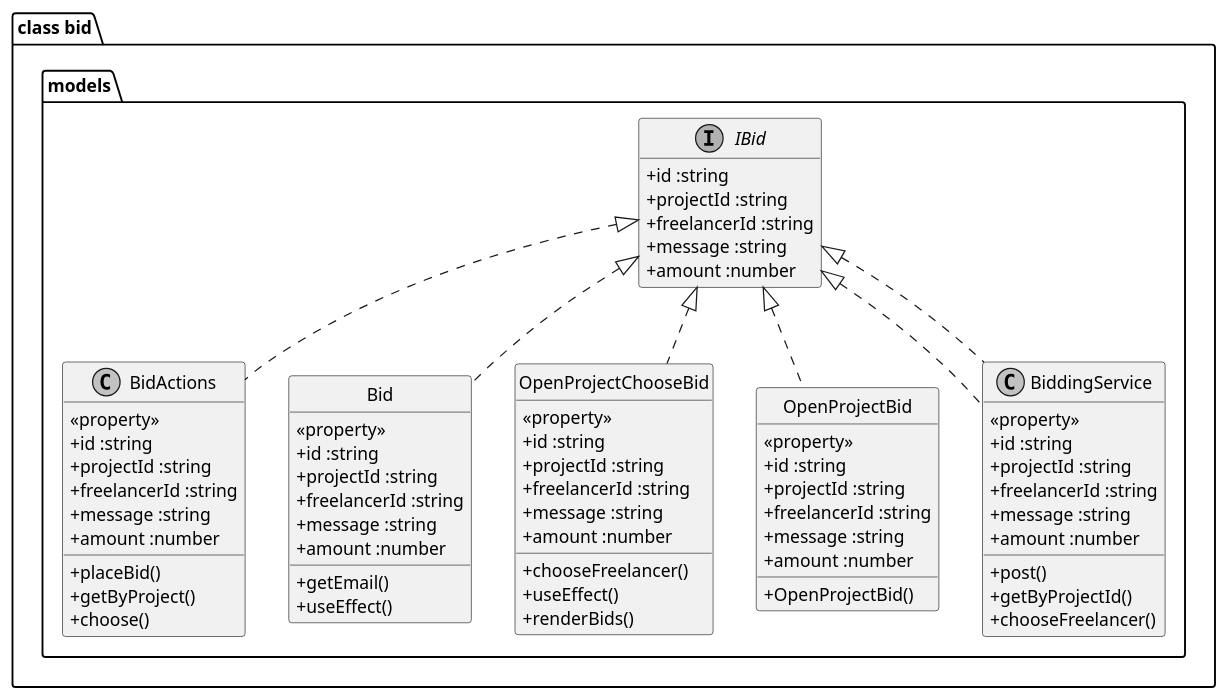
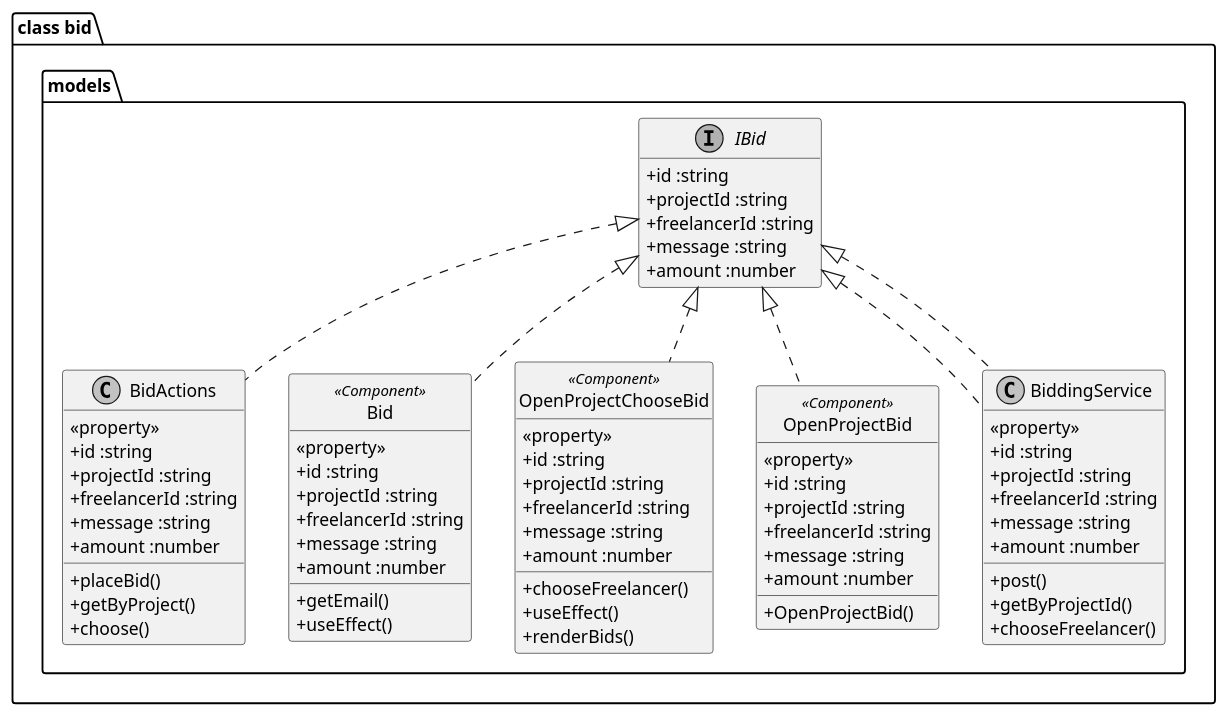
One commit to converge-app/software-design changed the diagram in diagrams/src/software-design/class-model-diagrams/bid.models.pu. Above: the diagram before and after it, drawn with PlantUML. The commit also changed 18 other files, not shown here.

Commit message:
added service diagrams

```diff
--- a/diagrams/src/software-design/class-model-diagrams/bid.models.pu
+++ b/diagrams/src/software-design/class-model-diagrams/bid.models.pu
@@ -1,95 +1,95 @@
 @startuml
 
  skinparam monochrome true
  skinparam classAttributeIconSize 0
  top to bottom direction
 package "class bid.models"{
   
   interface "IBid" {
     + id :string
     + projectId :string
     + freelancerId :string
     + message :string
     + amount :number
   }
   hide IBid  methods
 
   class "BidActions"{  
   + placeBid()
   + getByProject()
   + choose() 
   <<property>>
    + id :string
     + projectId :string
     + freelancerId :string
     + message :string
     + amount :number
   
   }
-class "Bid" {
+class "Bid" <<Component>> {
 	+ getEmail()
   + useEffect()
   <<property>>
    + id :string
     + projectId :string
     + freelancerId :string
     + message :string
     + amount :number
 }
 
 hide Bid circle
 show Bid fields
 
-class "OpenProjectChooseBid" {
+class "OpenProjectChooseBid" <<Component>>  {
 	+ chooseFreelancer()
   + useEffect()
   + renderBids()
   <<property>>
    + id :string
     + projectId :string
     + freelancerId :string
     + message :string
     + amount :number
 }
 
 hide OpenProjectChooseBid circle
 show OpenProjectChooseBid fields
 
-class "OpenProjectBid" {
+class "OpenProjectBid" <<Component>> {
 	+ OpenProjectBid()
   <<property>>
    + id :string
     + projectId :string
     + freelancerId :string
     + message :string
     + amount :number
 }
 
 hide OpenProjectBid circle
 show OpenProjectBid fields
 
   
 class "BiddingService" {
 	+ post()
   + getByProjectId()
   + chooseFreelancer()
   <<property>>
    + id :string
     + projectId :string
     + freelancerId :string
     + message :string
     + amount :number
 }
 
   IBid <|.. Bid 
   IBid <|.. OpenProjectChooseBid
   IBid <|.. BidActions 
   IBid <|.. OpenProjectBid
   IBid <|.. BiddingService 
   IBid <|.. BiddingService
   
 
 }
 
 
 @enduml
```
